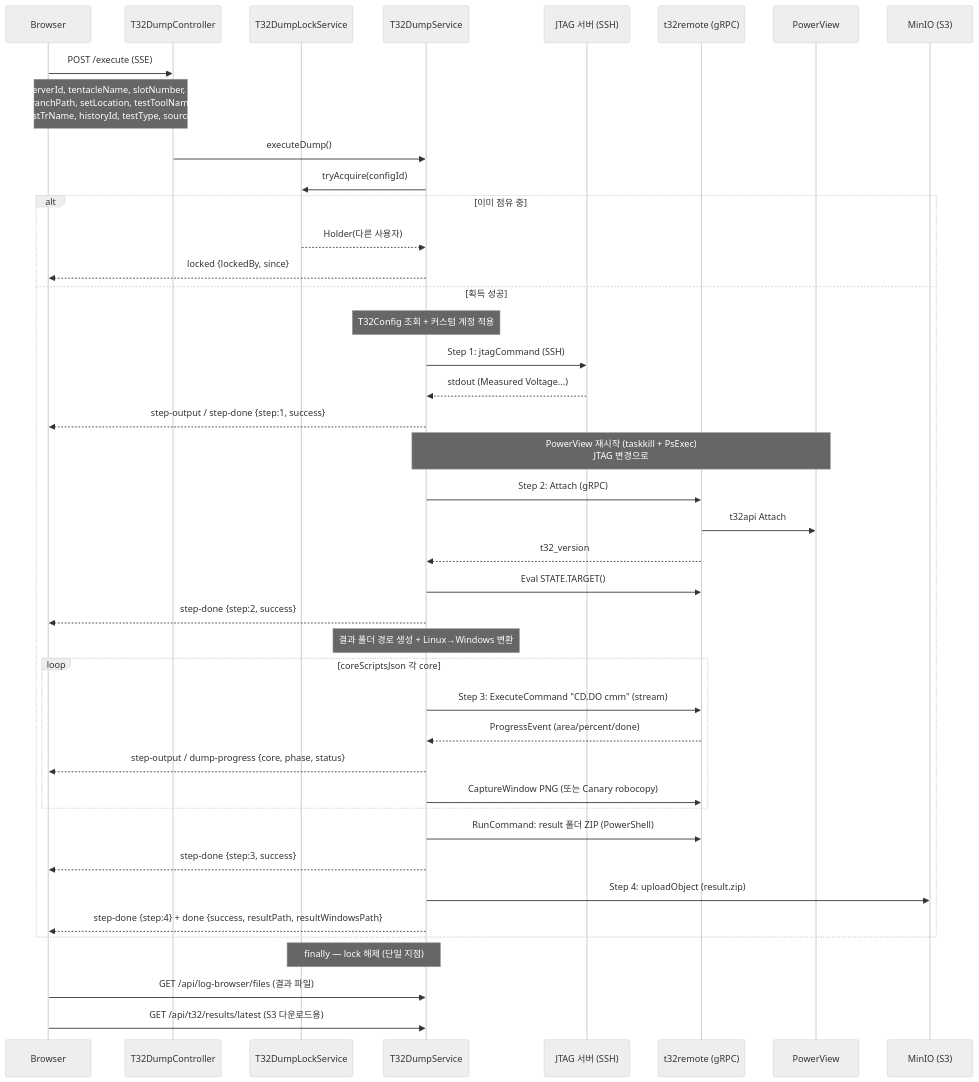
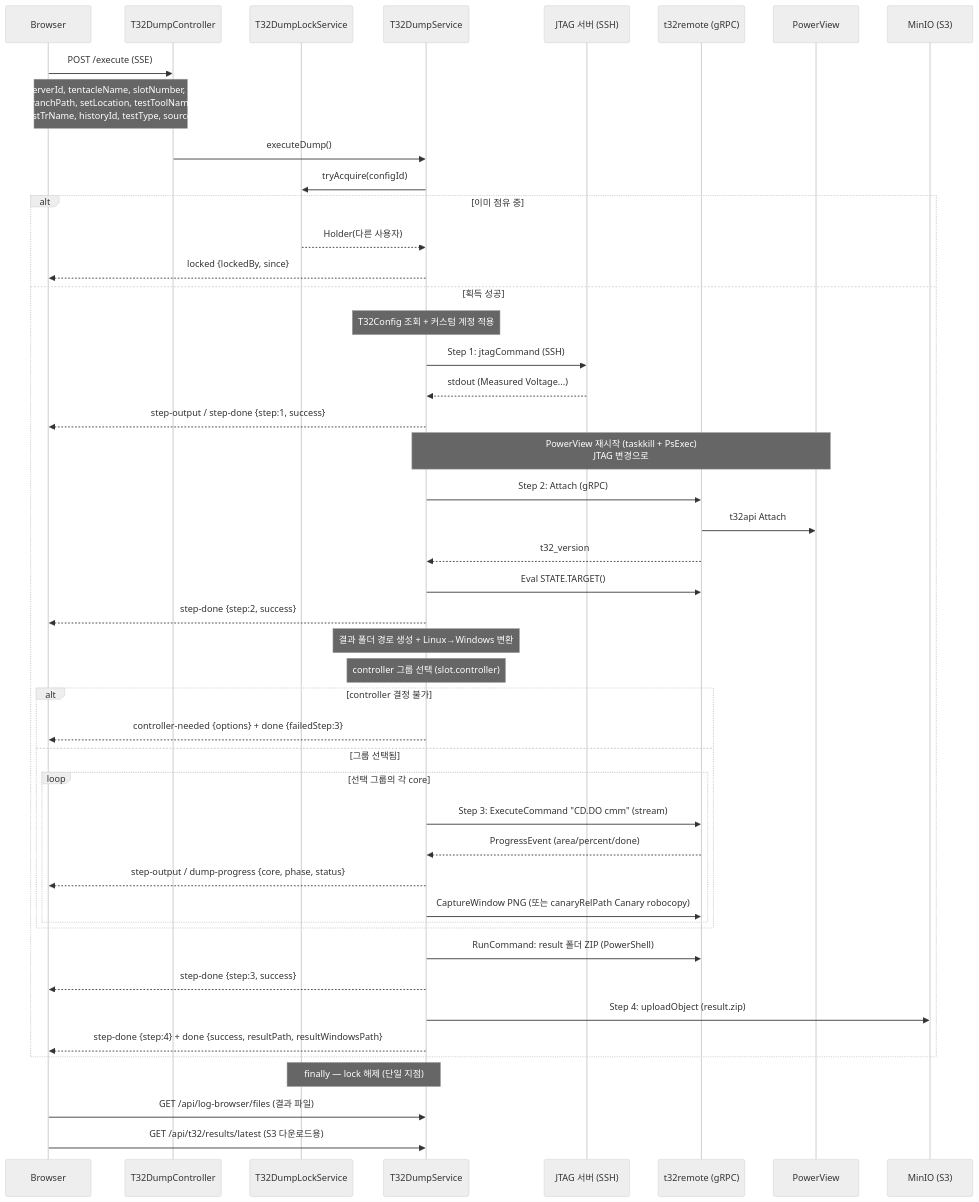
The fourth of 5 diagrams in src/content/docs/architecture/t32-dump.md (kakaromo/kakaromo.github.io), drawn with Mermaid (neutral theme) before and after one commit. The commit also changed other lines of this file and 2 other files, not shown here.

First line of the commit message:
docs: T32 controller 그룹 dump 설정 반영 (per-controller cmm/Canary)

````diff
--- a/src/content/docs/architecture/t32-dump.md
+++ b/src/content/docs/architecture/t32-dump.md
@@ -251,53 +251,58 @@
 ```mermaid
 sequenceDiagram
     participant B as Browser
     participant C as T32DumpController
     participant L as T32DumpLockService
     participant S as T32DumpService
     participant J as JTAG 서버 (SSH)
     participant R as t32remote (gRPC)
     participant PV as PowerView
     participant M as MinIO (S3)
 
     B->>C: POST /execute (SSE)
     Note over B,C: { serverId, tentacleName, slotNumber, fw,<br/>branchPath, setLocation, testToolName,<br/>testTrName, historyId, testType, source }
     C->>S: executeDump()
 
     S->>L: tryAcquire(configId)
     alt 이미 점유 중
         L-->>S: Holder(다른 사용자)
         S-->>B: locked {lockedBy, since}
     else 획득 성공
         Note over S: T32Config 조회 + 커스텀 계정 적용
 
         S->>J: Step 1: jtagCommand (SSH)
         J-->>S: stdout (Measured Voltage...)
         S-->>B: step-output / step-done {step:1, success}
 
         Note over S,PV: PowerView 재시작 (taskkill + PsExec)<br/>JTAG 변경으로 #FF 방지
 
         S->>R: Step 2: Attach (gRPC)
         R->>PV: t32api Attach
         R-->>S: t32_version
         S->>R: Eval STATE.TARGET()
         S-->>B: step-done {step:2, success}
 
         Note over S: 결과 폴더 경로 생성 + Linux→Windows 변환
 
-        loop coreScriptsJson 각 core
-            S->>R: Step 3: ExecuteCommand "CD.DO cmm" (stream)
-            R-->>S: ProgressEvent (area/percent/done)
-            S-->>B: step-output / dump-progress {core, phase, status}
-            S->>R: CaptureWindow PNG (또는 Canary robocopy)
+        Note over S: controller 그룹 선택 (slot.controller)
+        alt controller 결정 불가
+            S-->>B: controller-needed {options} + done {failedStep:3}
+        else 그룹 선택됨
+            loop 선택 그룹의 각 core
+                S->>R: Step 3: ExecuteCommand "CD.DO cmm" (stream)
+                R-->>S: ProgressEvent (area/percent/done)
+                S-->>B: step-output / dump-progress {core, phase, status}
+                S->>R: CaptureWindow PNG (또는 canaryRelPath Canary robocopy)
+            end
         end
         S->>R: RunCommand: result 폴더 ZIP (PowerShell)
         S-->>B: step-done {step:3, success}
 
         S->>M: Step 4: uploadObject (result.zip)
         S-->>B: step-done {step:4} + done {success, resultPath, resultWindowsPath}
     end
 
     Note over S,L: finally — lock 해제 (단일 지점)
     B->>S: GET /api/log-browser/files (결과 파일)
     B->>S: GET /api/t32/results/latest (S3 다운로드용)
 ```
````
